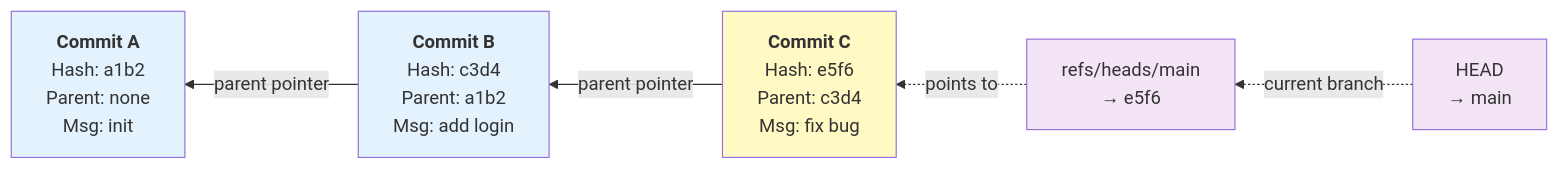
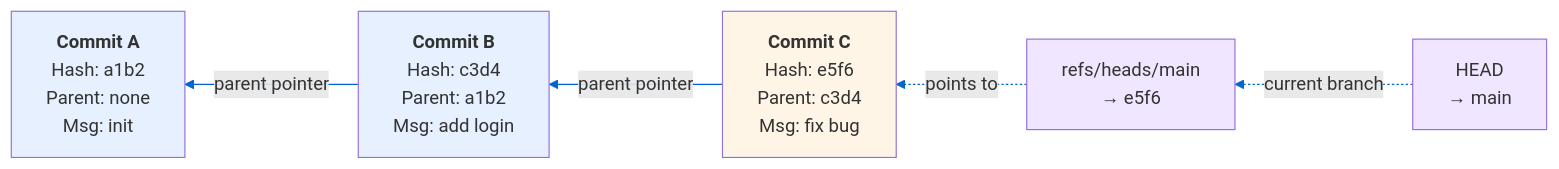
Before and after one commit to mohammedsaif001/full-stack-engineering-notes: the first of 8 diagrams in 02-github/Github.md, drawn with Mermaid. The commit also changed other lines of this file and 1 other file, not shown here.

````diff
--- a/02-github/Github.md
+++ b/02-github/Github.md
@@ -106,21 +106,22 @@
 ```mermaid
+%%{init: {'theme': 'default', 'themeVariables': { 'primaryColor': '#fff5e6', 'primaryTextColor': '#000', 'primaryBorderColor': '#0066cc', 'lineColor': '#0066cc', 'secondBkgColor': '#e6f0ff', 'tertiaryBkgColor': '#f0e6ff'}} }%%
 graph RL
     A["<b>Commit A</b><br/>Hash: a1b2<br/>Parent: none<br/>Msg: init"] 
     B["<b>Commit B</b><br/>Hash: c3d4<br/>Parent: a1b2<br/>Msg: add login"]
     C["<b>Commit C</b><br/>Hash: e5f6<br/>Parent: c3d4<br/>Msg: fix bug"]
     
     B -->|parent pointer| A
     C -->|parent pointer| B
     
     Main["refs/heads/main<br/>→ e5f6"]
     HEAD["HEAD<br/>→ main"]
     
     Main -.->|points to| C
     HEAD -.->|current branch| Main
     
-    style A fill:#e3f2fd
-    style B fill:#e3f2fd
-    style C fill:#fff9c4
-    style Main fill:#f3e5f5
-    style HEAD fill:#f3e5f5
+    style A fill:#e6f0ff
+    style B fill:#e6f0ff
+    style C fill:#fff5e6
+    style Main fill:#f0e6ff
+    style HEAD fill:#f0e6ff
 ```
````
